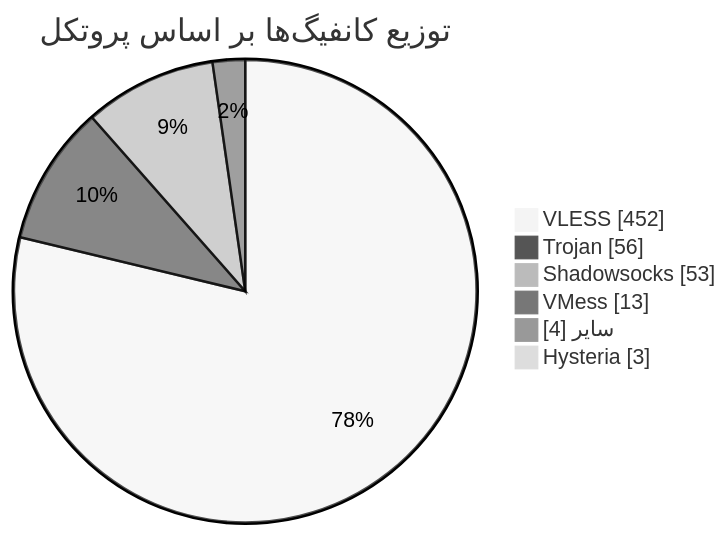
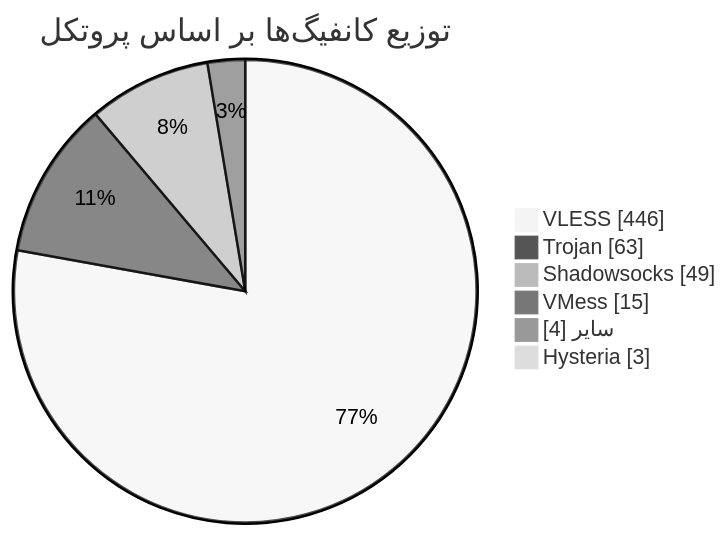
The diagram in README.md (Arian-Alijani/Somthing), drawn with Mermaid (neutral theme) before and after one commit. The commit also changed other lines of this file and 15 other files, not shown here.

````diff
--- a/README.md
+++ b/README.md
@@ -48,10 +48,10 @@
 ```mermaid
 pie showData
     title توزیع کانفیگ‌ها بر اساس پروتکل
-    "VLESS" : 452
-    "Trojan" : 56
-    "Shadowsocks" : 53
-    "VMess" : 13
+    "VLESS" : 446
+    "Trojan" : 63
+    "Shadowsocks" : 49
+    "VMess" : 15
     "سایر" : 4
     "Hysteria" : 3
 ```
````
